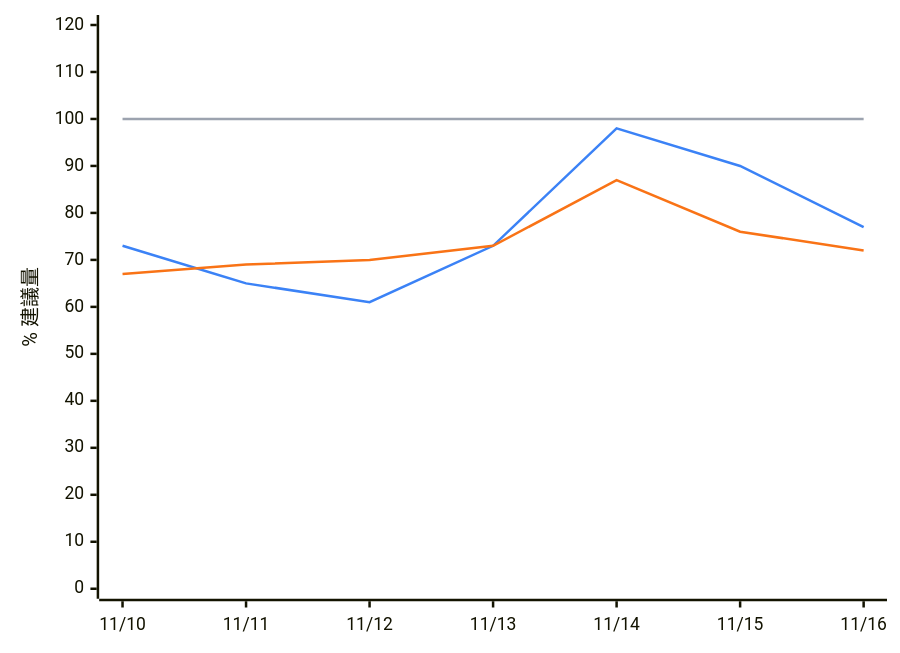
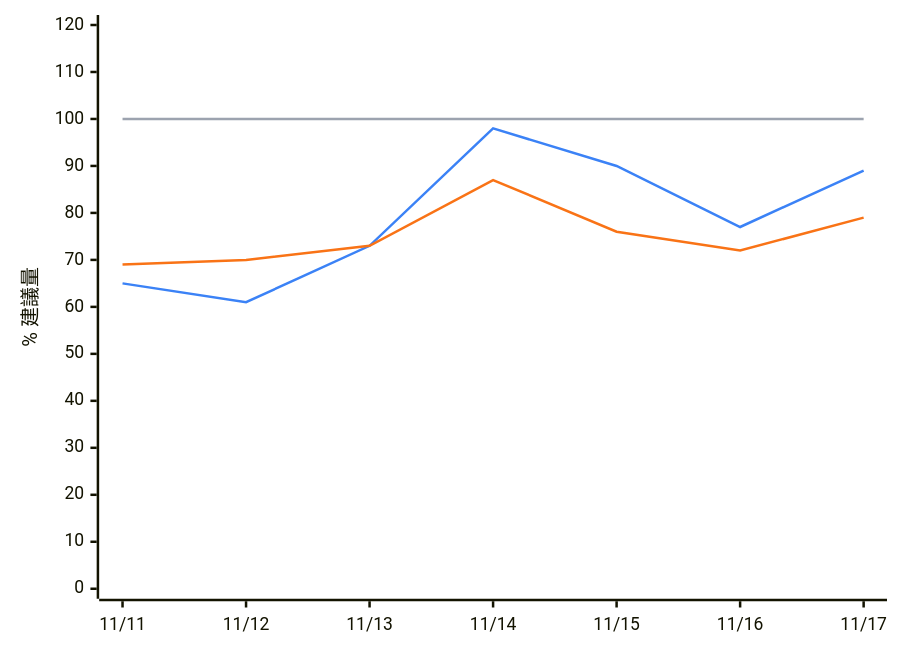
One commit to PorriD63/MinaLisa changed the diagram in README.md. Above: the diagram before and after it, drawn with Mermaid. The commit also changed other lines of this file and 2 other files, not shown here.

````diff
--- a/README.md
+++ b/README.md
@@ -36,9 +27,9 @@
 ```mermaid
 %%{init: {"themeVariables": {"xyChart": {"plotColorPalette": "#3b82f6, #f97316, #9ca3af"}}}}%%
 xychart-beta
-    x-axis ["11/10", "11/11", "11/12", "11/13", "11/14", "11/15", "11/16"]
+    x-axis ["11/11", "11/12", "11/13", "11/14", "11/15", "11/16", "11/17"]
     y-axis "% 建議量" 0 --> 120
-    line [73, 65, 61, 73, 98, 90, 77]
-    line [67, 69, 70, 73, 87, 76, 72]
+    line [65, 61, 73, 98, 90, 77, 89]
+    line [69, 70, 73, 87, 76, 72, 79]
     line [100, 100, 100, 100, 100, 100, 100]
 ```
````
